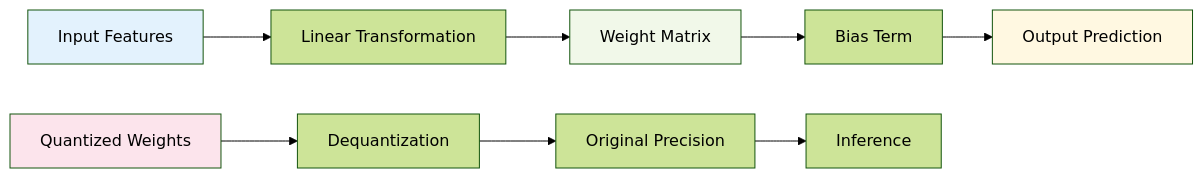
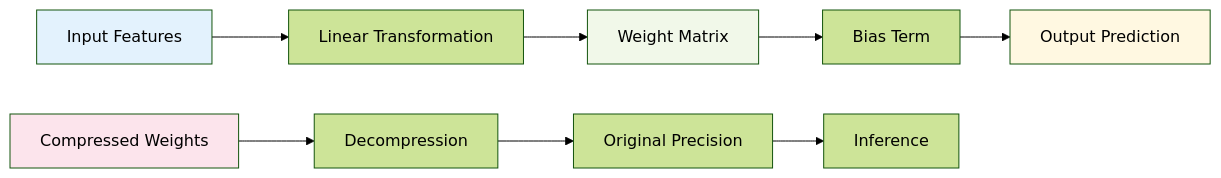
One commit to cph0r/mlops-major-exam changed the seventh of 7 diagrams in README.md. Above: the diagram before and after it, drawn with Mermaid (forest theme). The commit also changed other lines of this file and 8 other files, not shown here.

````diff
--- a/README.md
+++ b/README.md
@@ -283,16 +284,16 @@
 ```mermaid
 graph LR
     A[Input Features] --> B[Linear Transformation]
     B --> C[Weight Matrix]
     C --> D[Bias Term]
     D --> E[Output Prediction]
     
-    F[Quantized Weights] --> G[Dequantization]
+    F[Compressed Weights] --> G[Decompression]
     G --> H[Original Precision]
     H --> I[Inference]
     
     style A fill:#e3f2fd
     style C fill:#f1f8e9
     style E fill:#fff8e1
     style F fill:#fce4ec
 ```
````
